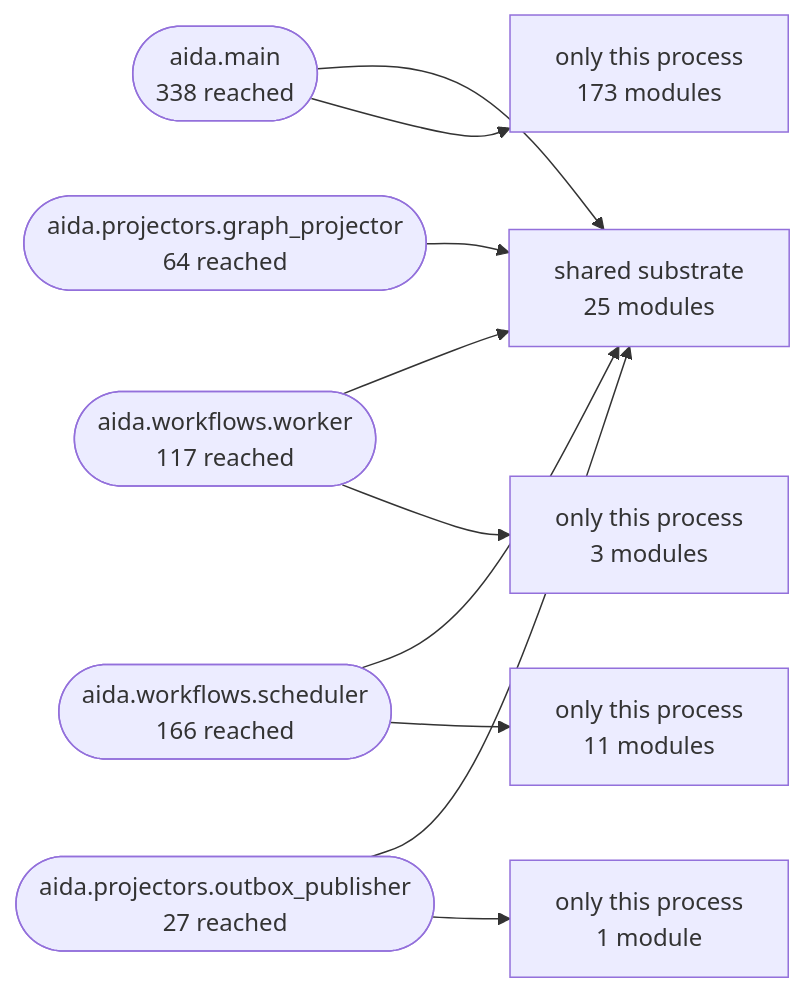
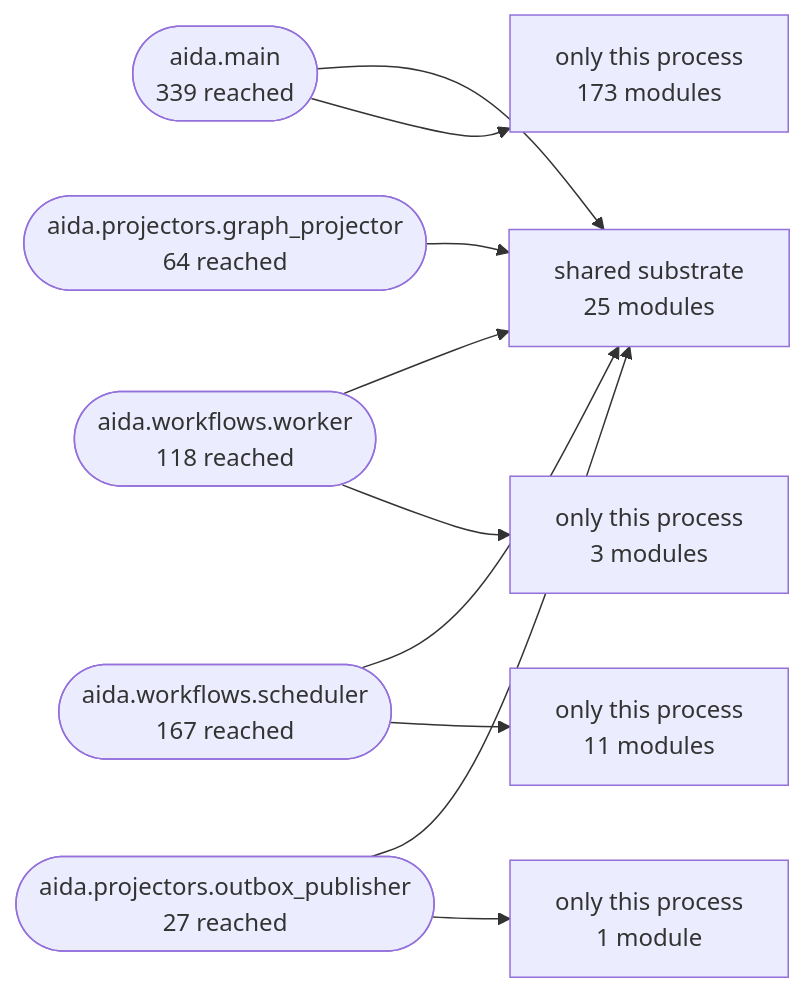
One commit to karuppusamym/AIDataAnalyst changed the second of 3 diagrams in Docs/10-architecture/14-generated-architecture-map.md. Above: the diagram before and after it, drawn with Mermaid. The commit also changed other lines of this file and 31 other files, not shown here.

````diff
--- a/Docs/10-architecture/14-generated-architecture-map.md
+++ b/Docs/10-architecture/14-generated-architecture-map.md
@@ -172,22 +172,22 @@
 ```mermaid
 graph LR
   shared["shared substrate<br/>25 modules"]
-  aida_main(["aida.main<br/>338 reached"])
-  aida_workflows_worker(["aida.workflows.worker<br/>117 reached"])
-  aida_workflows_scheduler(["aida.workflows.scheduler<br/>166 reached"])
+  aida_main(["aida.main<br/>339 reached"])
+  aida_workflows_worker(["aida.workflows.worker<br/>118 reached"])
+  aida_workflows_scheduler(["aida.workflows.scheduler<br/>167 reached"])
   aida_projectors_graph_projector(["aida.projectors.graph_projector<br/>64 reached"])
   aida_projectors_outbox_publisher(["aida.projectors.outbox_publisher<br/>27 reached"])
   aida_main --> shared
   only_aida_main["only this process<br/>173 modules"]
   aida_main --> only_aida_main
   aida_workflows_worker --> shared
   only_aida_workflows_worker["only this process<br/>3 modules"]
   aida_workflows_worker --> only_aida_workflows_worker
   aida_workflows_scheduler --> shared
   only_aida_workflows_scheduler["only this process<br/>11 modules"]
   aida_workflows_scheduler --> only_aida_workflows_scheduler
   aida_projectors_graph_projector --> shared
   aida_projectors_outbox_publisher --> shared
   only_aida_projectors_outbox_publisher["only this process<br/>1 module"]
   aida_projectors_outbox_publisher --> only_aida_projectors_outbox_publisher
 ```
````
